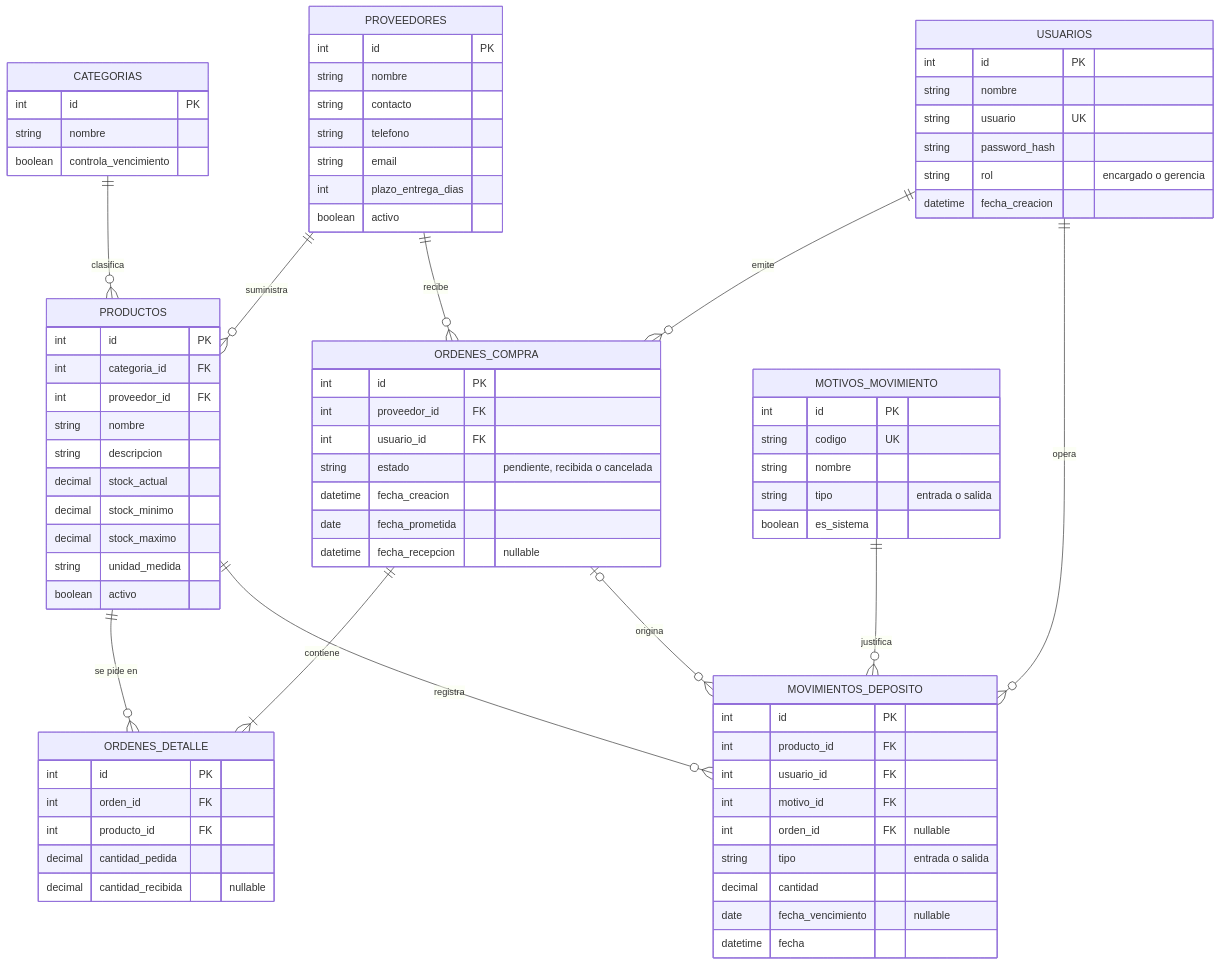
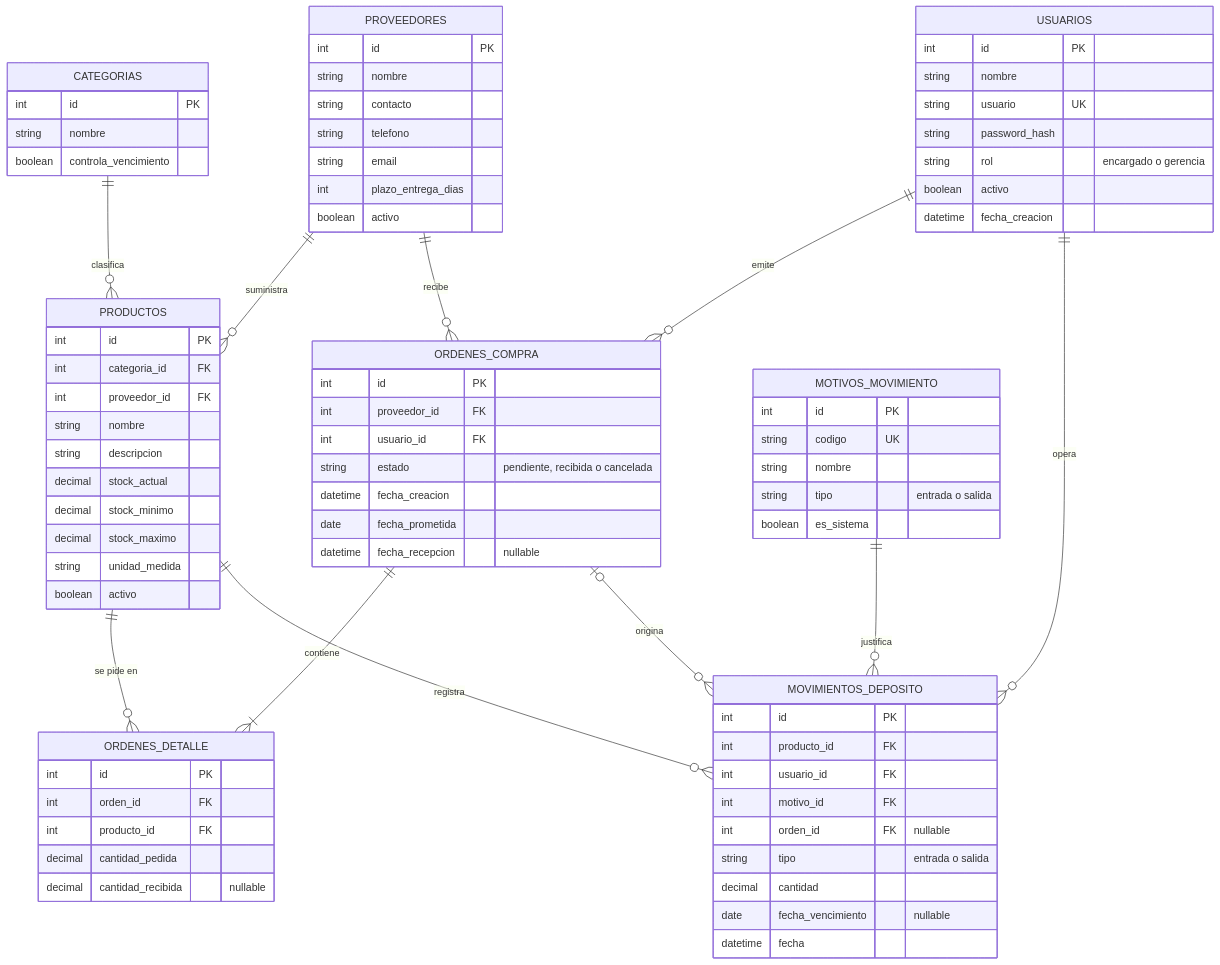
The diagram in implementation_plan.md (fedex888/CATastrofe), drawn with Mermaid before and after one commit. The commit also changed other lines of this file and 17 other files, not shown here.

```diff
--- a/implementation_plan.md
+++ b/implementation_plan.md
@@ -57,6 +57,7 @@
         string usuario UK
         string password_hash
         string rol "encargado o gerencia"
+        boolean activo
         datetime fecha_creacion
     }
     CATEGORIAS {
```
